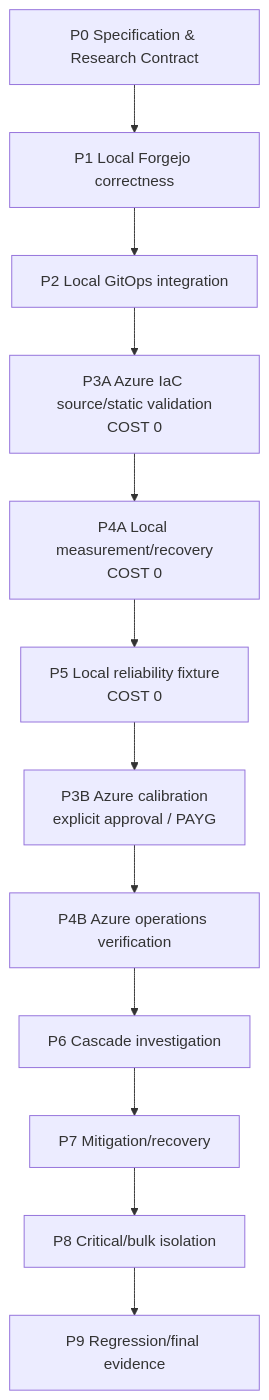
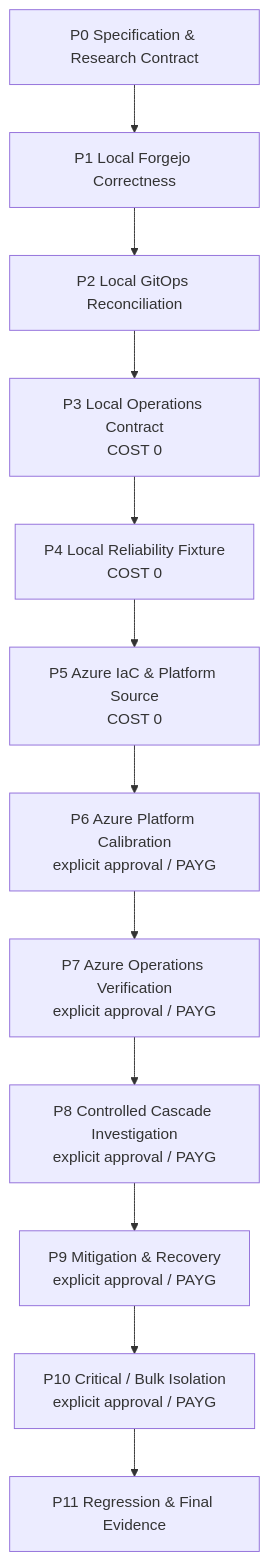
The diagram in docs/roadmap.md (imcherry5778-labs/github-capacity-cascade-platform), drawn with Mermaid before and after one commit. The commit also changed other lines of this file and 7 other files, not shown here.

First line of the commit message:
docs(contract): engineering roadmap과 work-unit 계약 정리

````diff
--- a/docs/roadmap.md
+++ b/docs/roadmap.md
@@ -13,17 +15,17 @@
 ```mermaid
 flowchart TD
     P0["P0 Specification & Research Contract"]
-    P1["P1 Local Forgejo correctness"]
-    P2["P2 Local GitOps integration"]
-    P3A["P3A Azure IaC source/static validation\nCOST 0"]
-    P4A["P4A Local measurement/recovery\nCOST 0"]
-    P5["P5 Local reliability fixture\nCOST 0"]
-    P3B["P3B Azure calibration\nexplicit approval / PAYG"]
-    P4B["P4B Azure operations verification"]
-    P6["P6 Cascade investigation"]
-    P7["P7 Mitigation/recovery"]
-    P8["P8 Critical/bulk isolation"]
-    P9["P9 Regression/final evidence"]
+    P1["P1 Local Forgejo Correctness"]
+    P2["P2 Local GitOps Reconciliation"]
+    P3["P3 Local Operations Contract\nCOST 0"]
+    P4["P4 Local Reliability Fixture\nCOST 0"]
+    P5["P5 Azure IaC & Platform Source\nCOST 0"]
+    P6["P6 Azure Platform Calibration\nexplicit approval / PAYG"]
+    P7["P7 Azure Operations Verification\nexplicit approval / PAYG"]
+    P8["P8 Controlled Cascade Investigation\nexplicit approval / PAYG"]
+    P9["P9 Mitigation & Recovery\nexplicit approval / PAYG"]
+    P10["P10 Critical / Bulk Isolation\nexplicit approval / PAYG"]
+    P11["P11 Regression & Final Evidence"]
 
-    P0 --> P1 --> P2 --> P3A --> P4A --> P5 --> P3B --> P4B --> P6 --> P7 --> P8 --> P9
+    P0 --> P1 --> P2 --> P3 --> P4 --> P5 --> P6 --> P7 --> P8 --> P9 --> P10 --> P11
 ```
````
